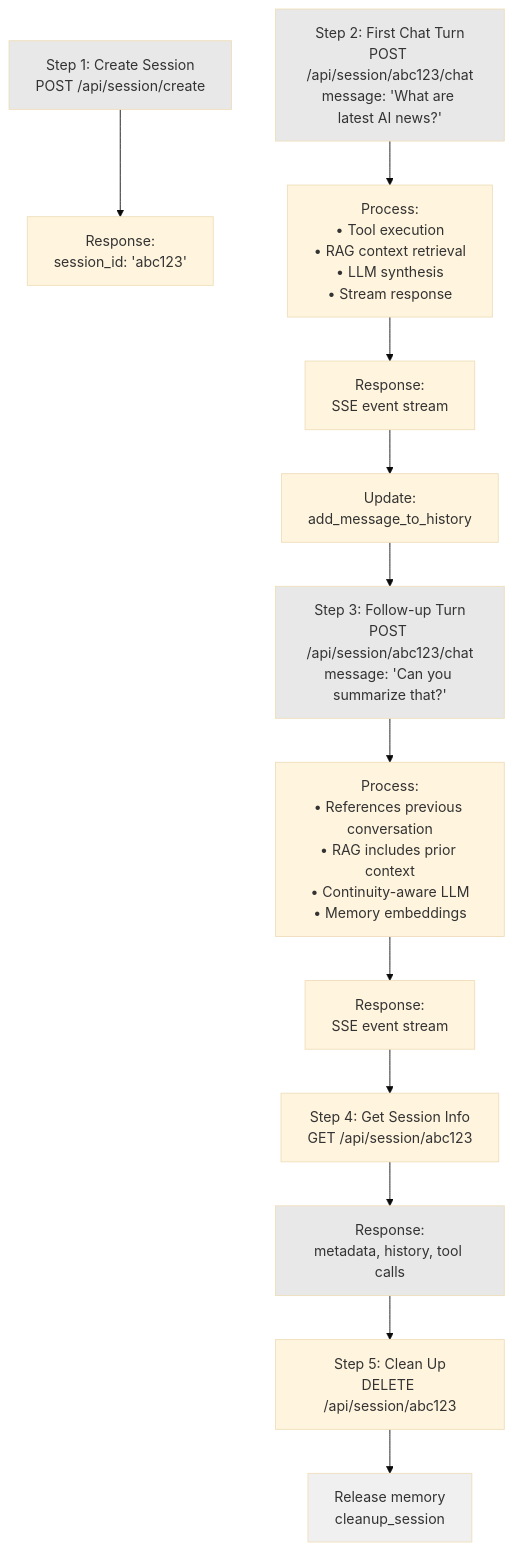
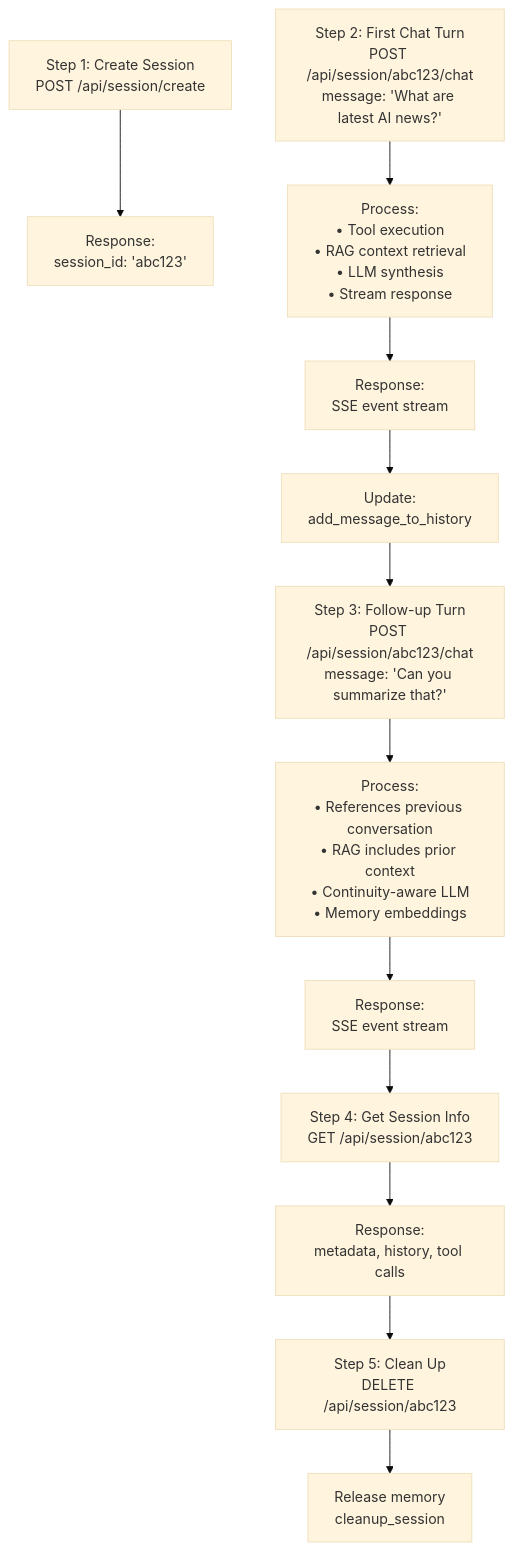
One commit to pollinations/lixSearch changed diagram 14 of 18 in DOCS/FULL_ARCHITECTURE.md. Above: the diagram before and after it, drawn with Mermaid (base theme). The commit also changed other lines of this file, not shown here.

````diff
--- a/DOCS/FULL_ARCHITECTURE.md
+++ b/DOCS/FULL_ARCHITECTURE.md
@@ -1321,38 +1437,38 @@
 ```mermaid
 graph TD
     Step1["Step 1: Create Session<br/>POST /api/session/create"]
     Step1Out["Response:<br/>session_id: 'abc123'"]
     
     Step2["Step 2: First Chat Turn<br/>POST /api/session/abc123/chat<br/>message: 'What are latest AI news?'"]
     Step2Proc["Process:<br/>• Tool execution<br/>• RAG context retrieval<br/>• LLM synthesis<br/>• Stream response"]
     Step2Out["Response:<br/>SSE event stream"]
     Step2Update["Update:<br/>add_message_to_history"]
     
     Step3["Step 3: Follow-up Turn<br/>POST /api/session/abc123/chat<br/>message: 'Can you summarize that?'"]
     Step3Proc["Process:<br/>• References previous conversation<br/>• RAG includes prior context<br/>• Continuity-aware LLM<br/>• Memory embeddings"]
     Step3Out["Response:<br/>SSE event stream"]
     
     Step4["Step 4: Get Session Info<br/>GET /api/session/abc123"]
     Step4Out["Response:<br/>metadata, history, tool calls"]
     
     Step5["Step 5: Clean Up<br/>DELETE /api/session/abc123"]
     Step5Out["Release memory<br/>cleanup_session"]
     
     Step1 --> Step1Out
     Step2 --> Step2Proc
     Step2Proc --> Step2Out
     Step2Out --> Step2Update
     Step2Update --> Step3
     Step3 --> Step3Proc
     Step3Proc --> Step3Out
     Step3Out --> Step4
     Step4 --> Step4Out
     Step4Out --> Step5
     Step5 --> Step5Out
     
-    style Step1 fill:#E8E8E8
-    style Step2 fill:#E8E8E8
-    style Step3 fill:#E8E8E8
-    style Step4Out fill:#E8E8E8
-    style Step5Out fill:#F0F0F0
+    style Step1 fill:#000;color:#fff
+    style Step2 fill:#000;color:#fff
+    style Step3 fill:#000;color:#fff
+    style Step4Out fill:#000;color:#fff
+    style Step5Out fill:#000;color:#fff
 ```
````
